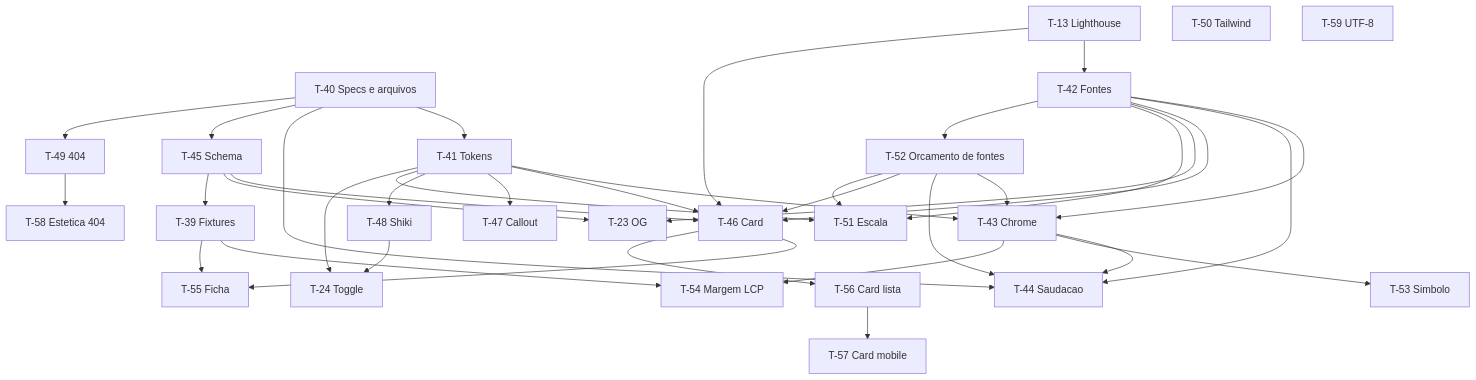
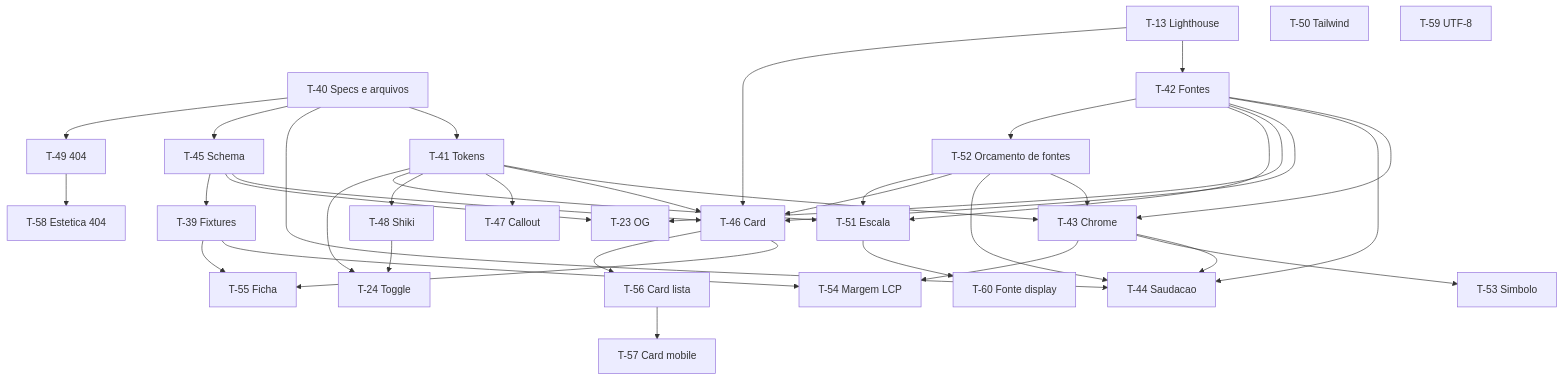
One commit to Pedroknoll/blog_pedro-knoll changed the second of 2 diagrams in specs/ROADMAP.md. Above: the diagram before and after it, drawn with Mermaid. The commit also changed other lines of this file and 7 other files, not shown here.

````diff
--- a/specs/ROADMAP.md
+++ b/specs/ROADMAP.md
@@ -86,62 +86,64 @@
 ```mermaid
 flowchart TD
   T40[T-40 Specs e arquivos]
   T41[T-41 Tokens]
   T13[T-13 Lighthouse]
   T42[T-42 Fontes]
   T51[T-51 Escala]
   T52[T-52 Orcamento de fontes]
   T43[T-43 Chrome]
   T44[T-44 Saudacao]
   T45[T-45 Schema]
   T46[T-46 Card]
   T47[T-47 Callout]
   T48[T-48 Shiki]
   T49[T-49 404]
   T50[T-50 Tailwind]
   T23[T-23 OG]
   T24[T-24 Toggle]
   T39[T-39 Fixtures]
   T53[T-53 Simbolo]
   T54[T-54 Margem LCP]
   T55[T-55 Ficha]
   T56[T-56 Card lista]
   T57[T-57 Card mobile]
   T58[T-58 Estetica 404]
   T59[T-59 UTF-8]
+  T60[T-60 Fonte display]
   T40 --> T41
   T40 --> T44
   T40 --> T45
   T40 --> T49
   T13 --> T42
   T41 --> T43
   T42 --> T43
   T43 --> T44
   T42 --> T44
   T13 --> T46
   T41 --> T46
   T42 --> T46
   T45 --> T46
   T41 --> T47
   T41 --> T48
   T45 --> T23
   T42 --> T23
   T42 --> T51
   T41 --> T51
   T42 --> T52
   T52 --> T43
   T52 --> T44
   T52 --> T46
   T52 --> T51
   T45 --> T39
   T41 --> T24
   T48 --> T24
   T43 --> T53
   T43 --> T54
   T39 --> T54
   T39 --> T55
   T46 --> T55
   T46 --> T56
   T56 --> T57
   T49 --> T58
+  T51 --> T60
 ```
````
